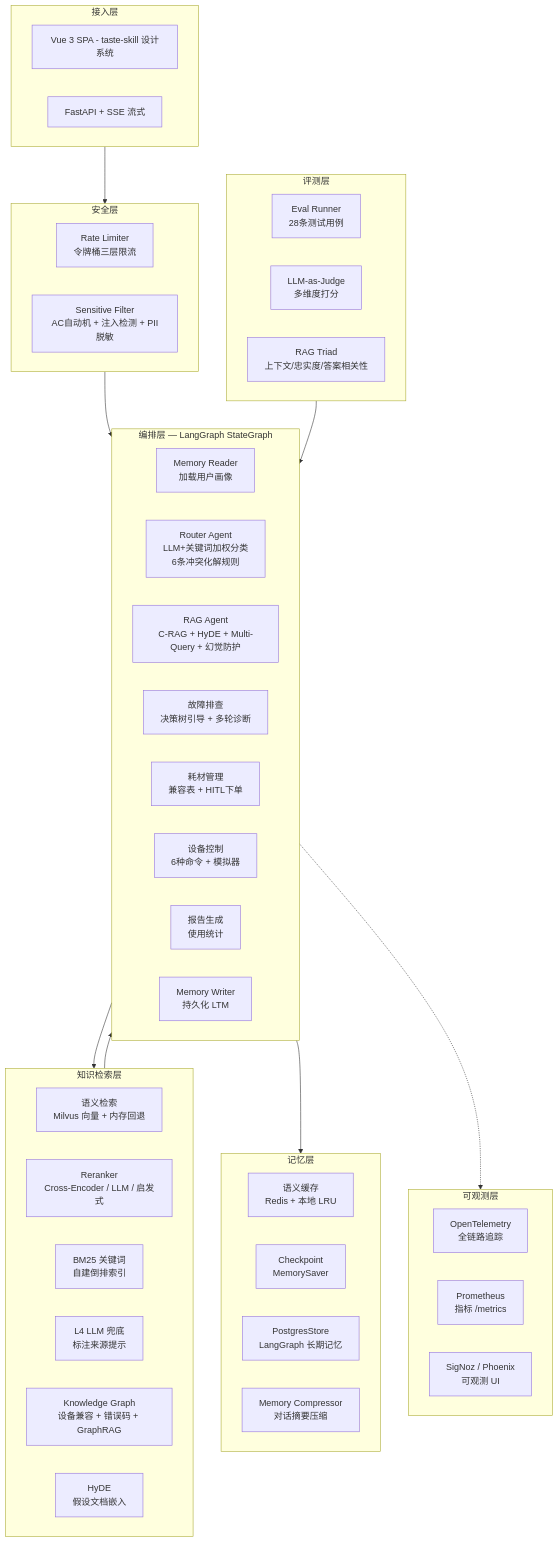
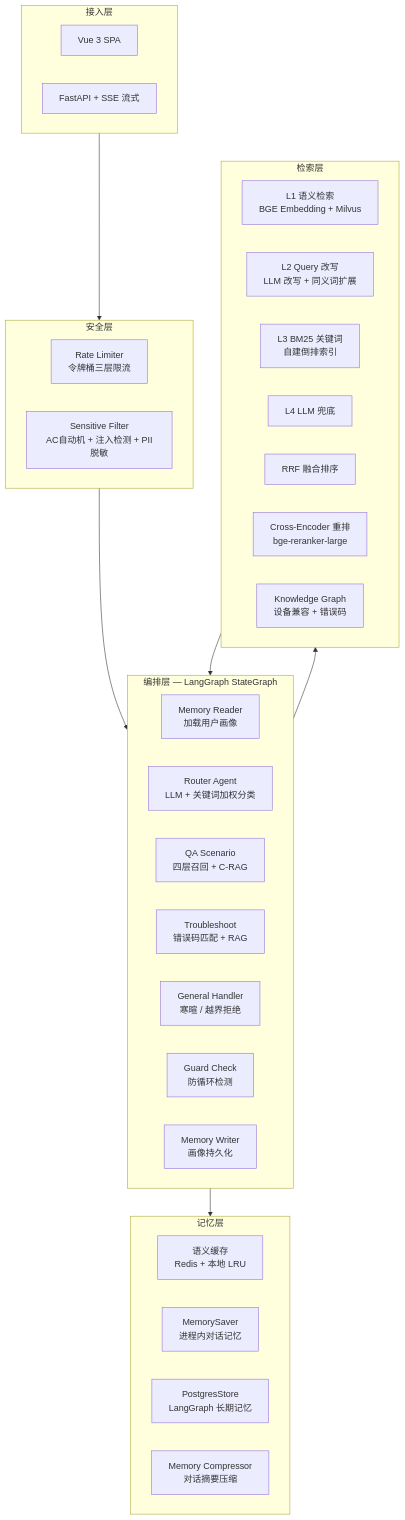
The diagram in docs/ARCHITECTURE.md (jiang436/smart-qa-agent-system), drawn with Mermaid before and after one commit. The commit also changed other lines of this file and 1 other file, not shown here.

````diff
--- a/docs/ARCHITECTURE.md
+++ b/docs/ARCHITECTURE.md
@@ -5,57 +5,43 @@
 ```mermaid
 flowchart TB
     subgraph 接入["接入层"]
-        UI[Vue 3 SPA - taste-skill 设计系统]
+        UI[Vue 3 SPA]
         API[FastAPI + SSE 流式]
     end
 
     subgraph 安全["安全层"]
-        RL[Rate Limiter<br>令牌桶三层限流]
-        SF[Sensitive Filter<br>AC自动机 + 注入检测 + PII脱敏]
+        RL[Rate Limiter<br/>令牌桶三层限流]
+        SF[Sensitive Filter<br/>AC自动机 + 注入检测 + PII脱敏]
     end
 
     subgraph 编排["编排层 — LangGraph StateGraph"]
-        MR[Memory Reader<br>加载用户画像]
-        Router[Router Agent<br>LLM+关键词加权分类<br>6条冲突化解规则]
-        QA[RAG Agent<br>C-RAG + HyDE + Multi-Query + 幻觉防护]
-        TS[故障排查<br>决策树引导 + 多轮诊断]
-        CS[耗材管理<br>兼容表 + HITL下单]
-        DC[设备控制<br>6种命令 + 模拟器]
-        RP[报告生成<br>使用统计]
-        MW[Memory Writer<br>持久化 LTM]
+        MR[Memory Reader<br/>加载用户画像]
+        Router[Router Agent<br/>LLM + 关键词加权分类]
+        QA[QA Scenario<br/>四层召回 + C-RAG]
+        TS[Troubleshoot<br/>错误码匹配 + RAG]
+        GH[General Handler<br/>寒暄 / 越界拒绝]
+        GD[Guard Check<br/>防循环检测]
+        MW[Memory Writer<br/>画像持久化]
     end
 
-    subgraph 检索["知识检索层"]
-        SR[语义检索<br>Milvus 向量 + 内存回退]
-        RN[Reranker<br>Cross-Encoder / LLM / 启发式]
-        BM[BM25 关键词<br>自建倒排索引]
-        LLM[L4 LLM 兜底<br>标注来源提示]
-        KG[Knowledge Graph<br>设备兼容 + 错误码 + GraphRAG]
-        HD[HyDE<br>假设文档嵌入]
+    subgraph 检索["检索层"]
+        L1[L1 语义检索<br/>BGE Embedding + Milvus]
+        L2[L2 Query 改写<br/>LLM 改写 + 同义词扩展]
+        L3[L3 BM25 关键词<br/>自建倒排索引]
+        L4[L4 LLM 兜底]
+        RRF[RRF 融合排序]
+        CE[Cross-Encoder 重排<br/>bge-reranker-large]
+        KG[Knowledge Graph<br/>设备兼容 + 错误码]
     end
 
     subgraph 记忆["记忆层"]
-        SC[语义缓存<br>Redis + 本地 LRU]
-        CK[Checkpoint<br>MemorySaver]
-        ST[PostgresStore<br>LangGraph 长期记忆]
-        MC[Memory Compressor<br>对话摘要压缩]
-    end
-
-    subgraph 可观测["可观测层"]
-        OT[OpenTelemetry<br>全链路追踪]
-        PR[Prometheus<br>指标 /metrics]
-        SN[SigNoz / Phoenix<br>可观测 UI]
-    end
-
-    subgraph 评测["评测层"]
-        EV[Eval Runner<br>28条测试用例]
-        LJ[LLM-as-Judge<br>多维度打分]
-        RT[RAG Triad<br>上下文/忠实度/答案相关性]
+        SC[语义缓存<br/>Redis + 本地 LRU]
+        CK[MemorySaver<br/>进程内对话记忆]
+        ST[PostgresStore<br/>LangGraph 长期记忆]
+        MC[Memory Compressor<br/>对话摘要压缩]
     end
 
     接入 --> 安全 --> 编排
     编排 --> 检索 --> 编排
     编排 --> 记忆
-    编排 -.-> 可观测
-    评测 --> 编排
 ```
````
